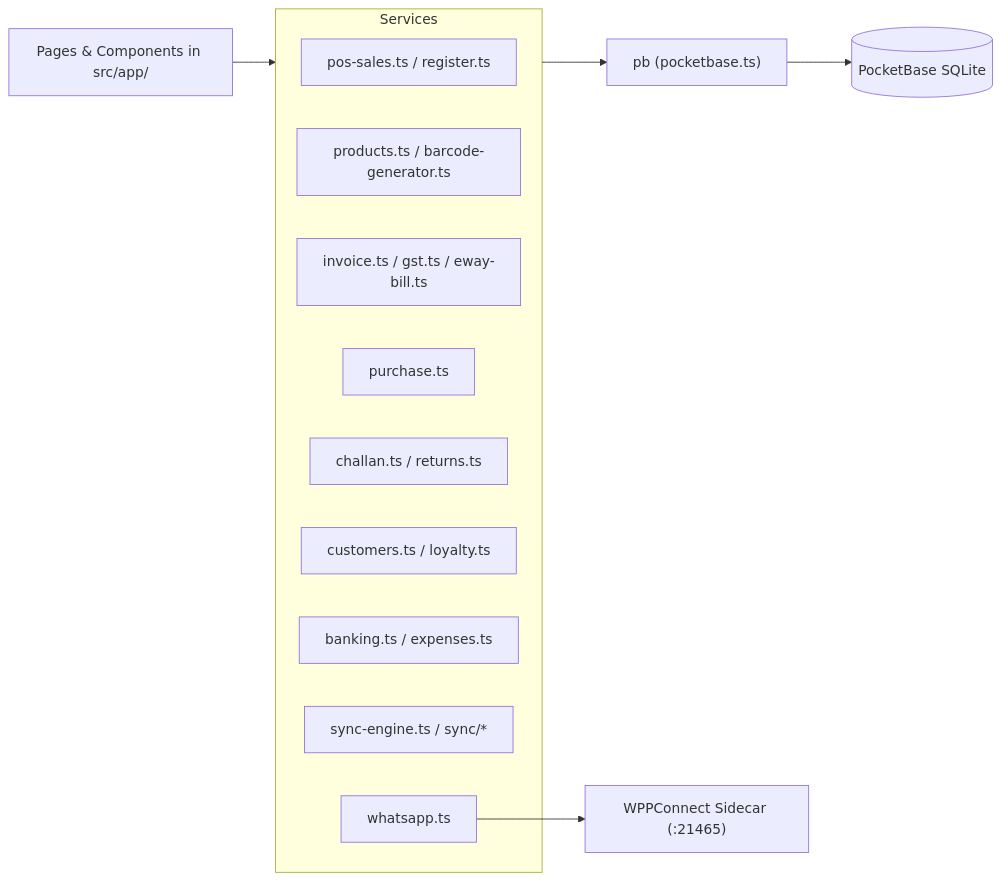
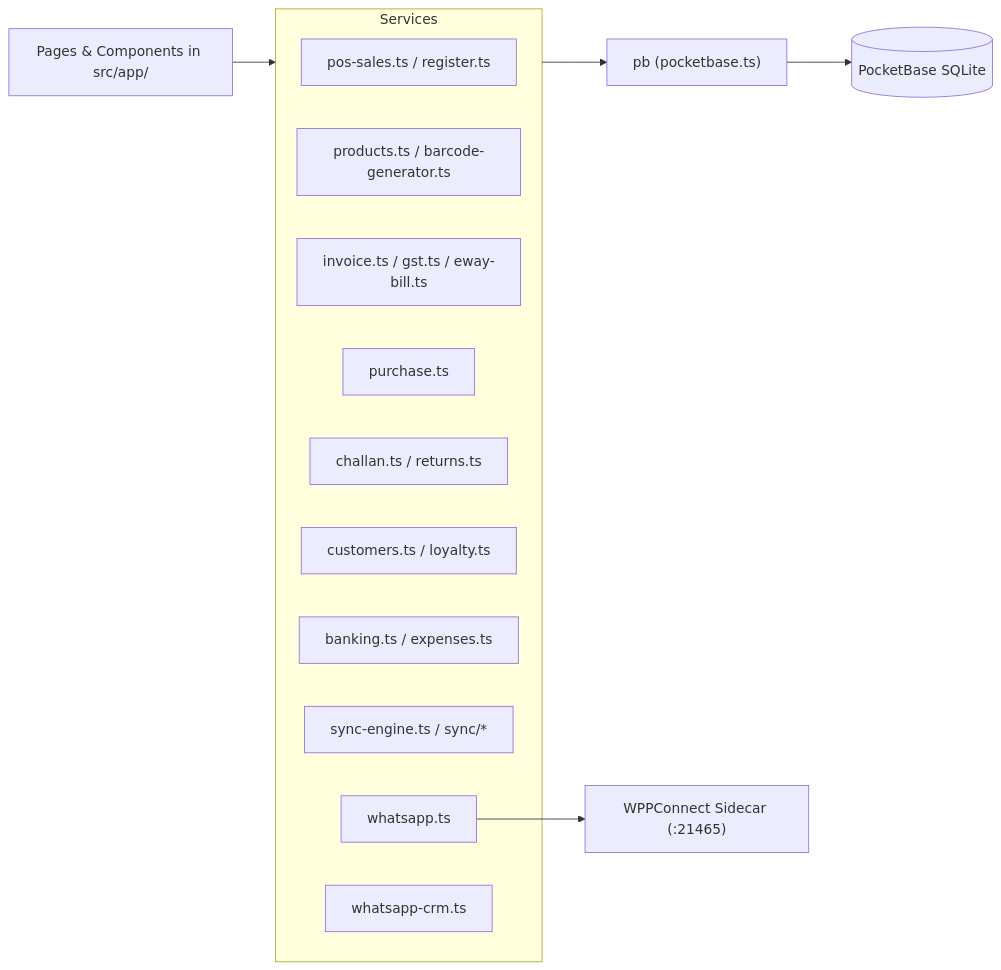
One commit to sivanandz/luminila_ERP changed the third of 4 diagrams in docs/ARCHITECTURE.md. Above: the diagram before and after it, drawn with Mermaid. The commit also changed other lines of this file and 40 other files, not shown here.

````diff
--- a/docs/ARCHITECTURE.md
+++ b/docs/ARCHITECTURE.md
@@ -291,20 +318,21 @@
 ```mermaid
 graph LR
     UI[Pages & Components in src/app/] --> Services[Domain Services in src/lib/]
 
     subgraph Services
         POS[pos-sales.ts / register.ts]
         Inv[products.ts / barcode-generator.ts]
         Tax[invoice.ts / gst.ts / eway-bill.ts]
         Proc[purchase.ts]
         Logist[challan.ts / returns.ts]
         CRM[customers.ts / loyalty.ts]
         Fin[banking.ts / expenses.ts]
         Sync[sync-engine.ts / sync/*]
         WPPClient[whatsapp.ts]
+        WA_CRM[whatsapp-crm.ts]
     end
 
     Services --> PBClient["pb (pocketbase.ts)"]
     PBClient --> PBEngine[(PocketBase SQLite)]
     WPPClient --> WPPServer["WPPConnect Sidecar (:21465)"]
 ```
````
